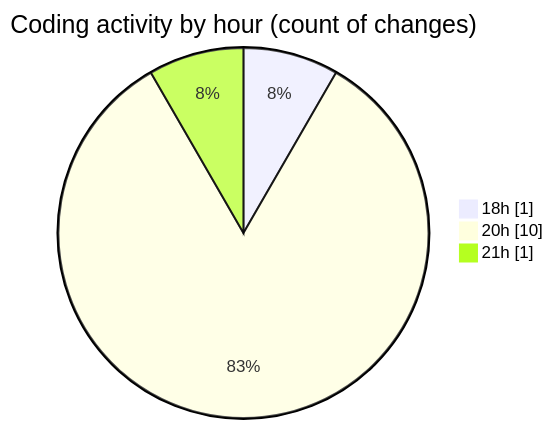
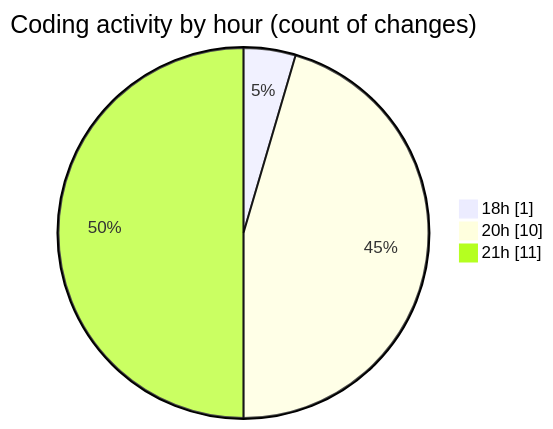
One commit to MatusMokan/code-tracking changed the second of 2 diagrams in 2025-10-08/untitled__workspace_/README.md. Above: the diagram before and after it, drawn with Mermaid. The commit also changed other lines of this file and 1 other file, not shown here.

````diff
--- a/2025-10-08/untitled__workspace_/README.md
+++ b/2025-10-08/untitled__workspace_/README.md
@@ -30,7 +30,7 @@
 ```mermaid
 pie showData
 title Coding activity by hour (count of changes)
 "18h" : 1
 "20h" : 10
-"21h" : 1
+"21h" : 11
 ```
````
